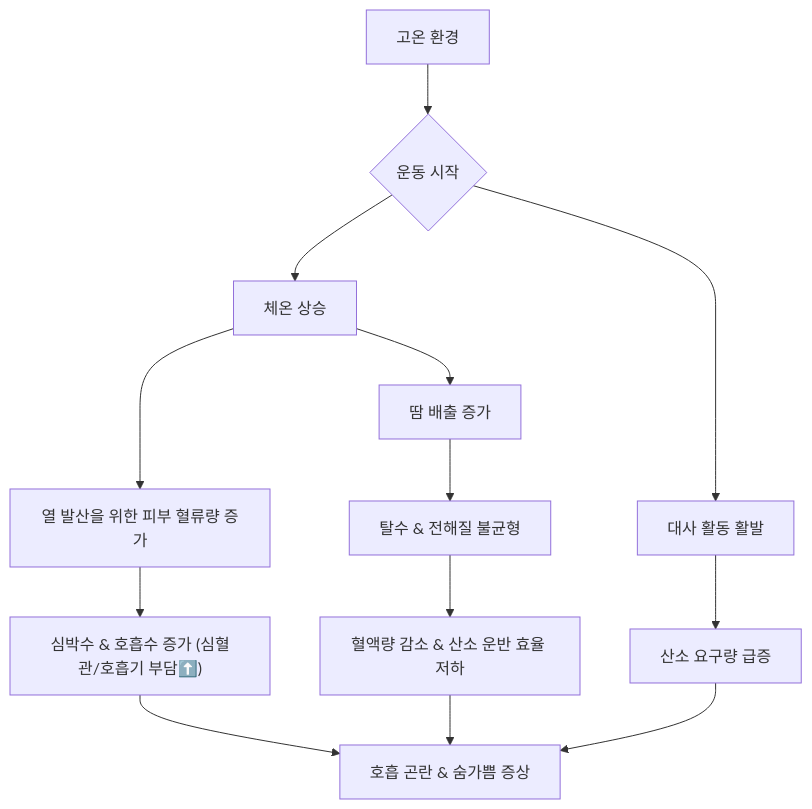
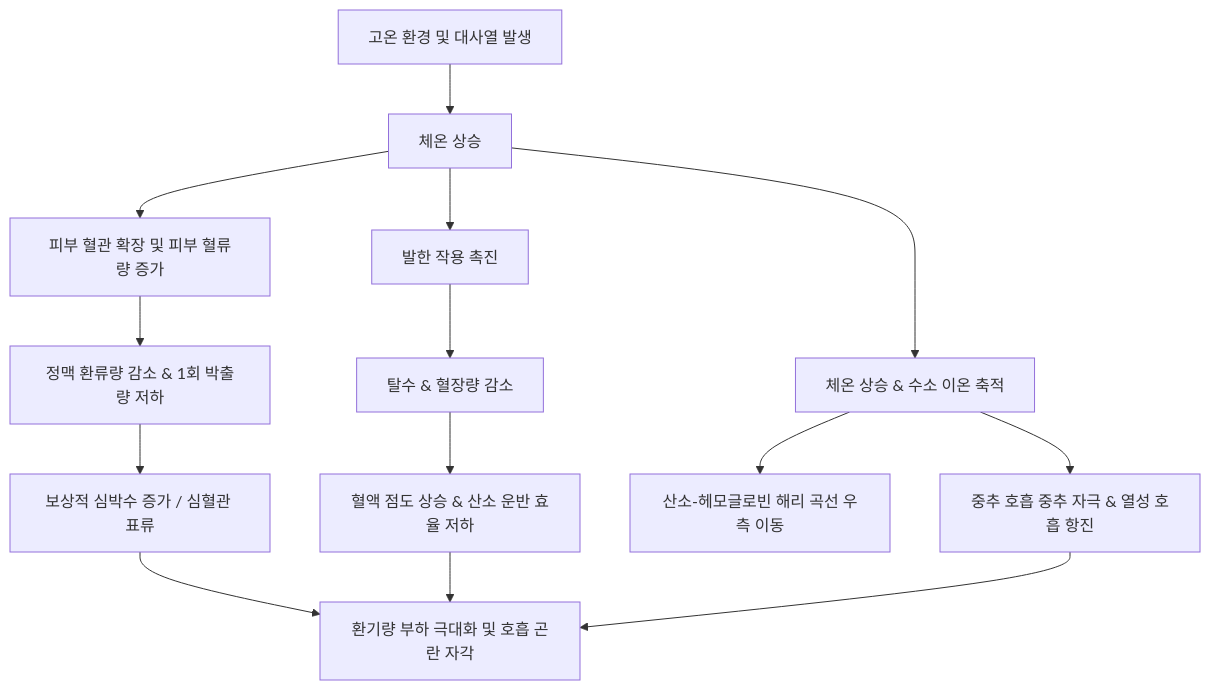
Before and after one commit to ethanpark0726/blog_automation: the diagram in _posts/ko/2026-07-10-크로스핏-짐이-찜통-더운-곳에서-운동하면-왜-숨쉬기가-힘들까-아빠가-알려주는-과학-이야기.md, drawn with Mermaid. The commit also changed other lines of this file, not shown here.

````diff
--- a/_posts/ko/2026-07-10-크로스핏-짐이-찜통-더운-곳에서-운동하면-왜-숨쉬기가-힘들까-아빠가-알려주는-과학-이야기.md
+++ b/_posts/ko/2026-07-10-크로스핏-짐이-찜통-더운-곳에서-운동하면-왜-숨쉬기가-힘들까-아빠가-알려주는-과학-이야기.md
@@ -65,13 +70,17 @@
 ```mermaid
 graph TD
-    A[고온 환경] --> B{운동 시작}
-    B --> C[체온 상승]
-    C --> D[열 발산을 위한 피부 혈류량 증가]
-    D --> E["심박수 & 호흡수 증가 (심혈관/호흡기 부담⬆️)"]
-    B --> F[대사 활동 활발]
-    F --> G[산소 요구량 급증]
-    C --> H[땀 배출 증가]
-    H --> I[탈수 & 전해질 불균형]
-    I --> J[혈액량 감소 & 산소 운반 효율 저하]
-    E & G & J --> K[호흡 곤란 & 숨가쁨 증상]
+    A[고온 환경 및 대사열 발생] --> B[체온 상승]
+    B --> C[피부 혈관 확장 및 피부 혈류량 증가]
+    C --> D[정맥 환류량 감소 & 1회 박출량 저하]
+    D --> E[보상적 심박수 증가 / 심혈관 표류]
+
+    B --> F[발한 작용 촉진]
+    F --> G[탈수 & 혈장량 감소]
+    G --> H[혈액 점도 상승 & 산소 운반 효율 저하]
+
+    B --> I[체온 상승 & 수소 이온 축적]
+    I --> J[산소-헤모글로빈 해리 곡선 우측 이동]
+    I --> K[중추 호흡 중추 자극 & 열성 호흡 항진]
+
+    E & H & K --> L[환기량 부하 극대화 및 호흡 곤란 자각]
 ```
````
